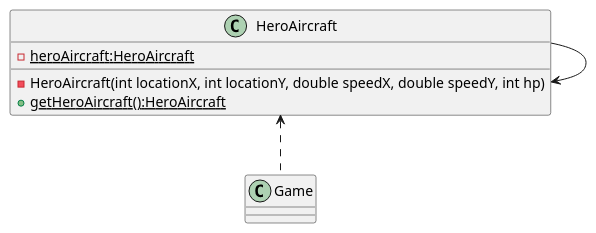
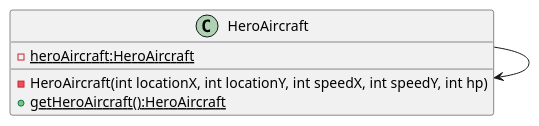
One commit to Culaccino00/AircraftWar changed the diagram in uml/SingletonPattern.puml. Above: the diagram before and after it, drawn with PlantUML. The commit also changed 25 other files, not shown here.

```diff
--- a/uml/SingletonPattern.puml
+++ b/uml/SingletonPattern.puml
@@ -1,14 +1,12 @@
 @startuml
 'https://plantuml.com/class-diagram
 
 HeroAircraft --> HeroAircraft
-class Game
 
 class HeroAircraft {
     - {static} heroAircraft:HeroAircraft
-    - HeroAircraft(int locationX, int locationY, double speedX, double speedY, int hp)
+    - HeroAircraft(int locationX, int locationY, int speedX, int speedY, int hp)
     + {static} getHeroAircraft():HeroAircraft
 }
-HeroAircraft <.. Game
 
 @enduml
```
